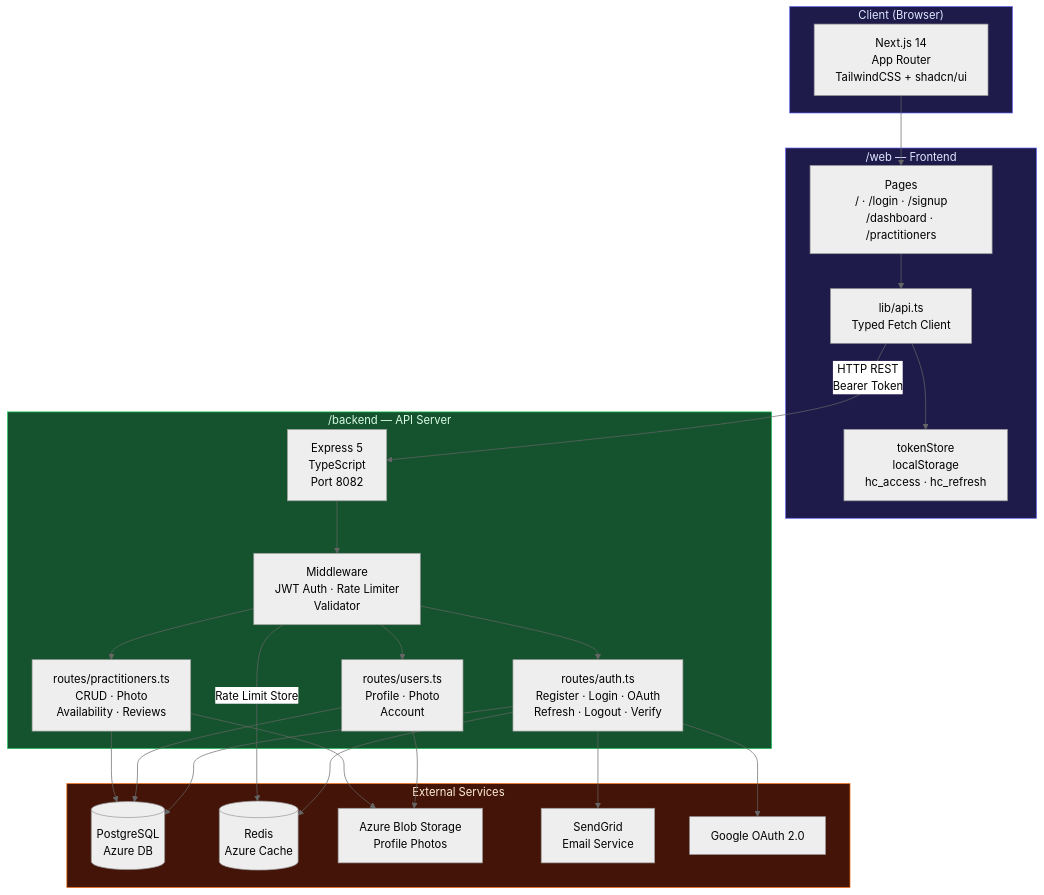
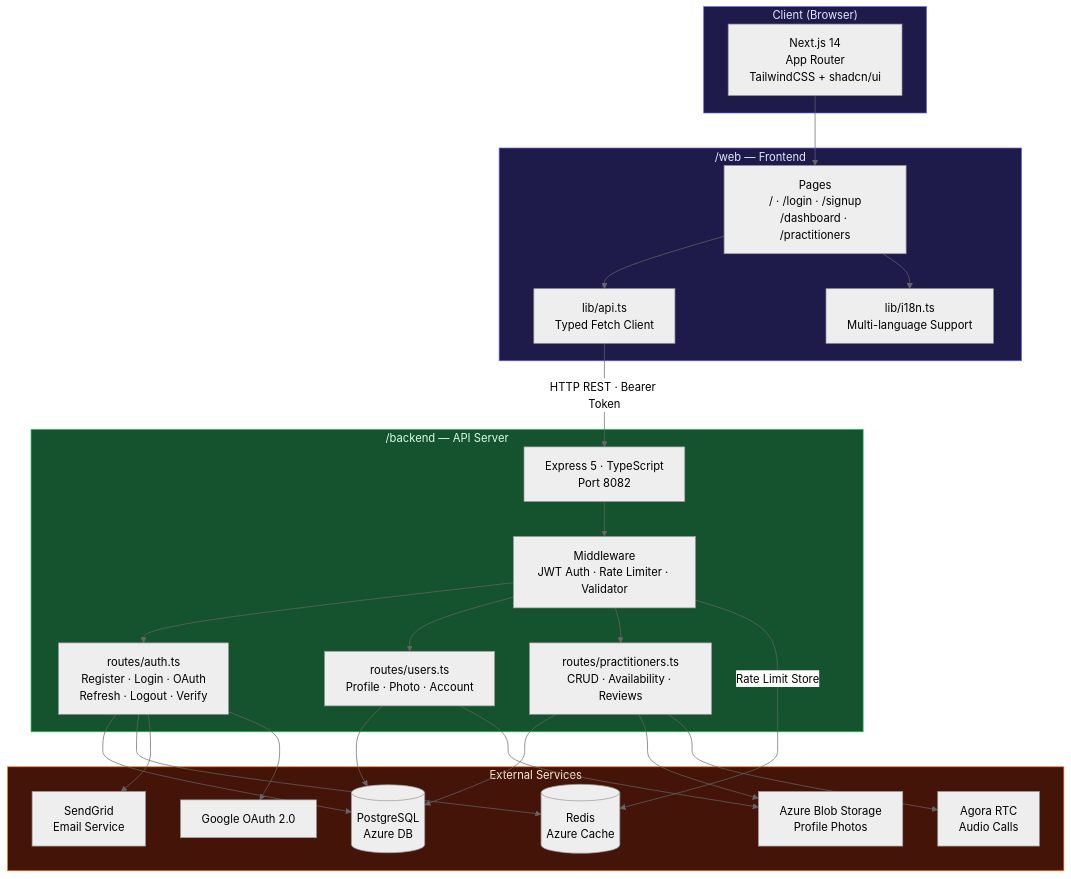
One commit to DeepakdevilB/Heal_Connect changed the first of 2 diagrams in README.md. Above: the diagram before and after it, drawn with Mermaid (neutral theme). The commit also changed other lines of this file, not shown here.

````diff
--- a/README.md
+++ b/README.md
@@ -22,50 +165,52 @@
 ```mermaid
 graph TB
     subgraph Client["Client (Browser)"]
         style Client fill:#1e1b4b,stroke:#6366f1,color:#e0e7ff
         WEB["Next.js 14\nApp Router\nTailwindCSS + shadcn/ui"]
     end
 
     subgraph Frontend["/web — Frontend"]
         style Frontend fill:#1e1b4b,stroke:#6366f1,color:#e0e7ff
         PAGES["Pages\n/ · /login · /signup\n/dashboard · /practitioners"]
         APICLIENT["lib/api.ts\nTyped Fetch Client"]
-        TOKENSTORE["tokenStore\nlocalStorage\nhc_access · hc_refresh"]
+        I18N["lib/i18n.ts\nMulti-language Support"]
     end
 
     subgraph Backend["/backend — API Server"]
         style Backend fill:#14532d,stroke:#22c55e,color:#dcfce7
-        EXPRESS["Express 5\nTypeScript\nPort 8082"]
+        EXPRESS["Express 5 · TypeScript\nPort 8082"]
         AUTH["routes/auth.ts\nRegister · Login · OAuth\nRefresh · Logout · Verify"]
-        USERS["routes/users.ts\nProfile · Photo\nAccount"]
-        PRACTITIONERS["routes/practitioners.ts\nCRUD · Photo\nAvailability · Reviews"]
-        MW["Middleware\nJWT Auth · Rate Limiter\nValidator"]
+        USERS["routes/users.ts\nProfile · Photo · Account"]
+        PRACTITIONERS["routes/practitioners.ts\nCRUD · Availability · Reviews"]
+        MW["Middleware\nJWT Auth · Rate Limiter · Validator"]
     end
 
     subgraph Services["External Services"]
         style Services fill:#431407,stroke:#f97316,color:#ffedd5
         PG[("PostgreSQL\nAzure DB")]
         REDIS[("Redis\nAzure Cache")]
         AZURE["Azure Blob Storage\nProfile Photos"]
         SENDGRID["SendGrid\nEmail Service"]
         GOOGLE["Google OAuth 2.0"]
+        AGORA["Agora RTC\nAudio Calls"]
     end
 
     WEB --> PAGES
     PAGES --> APICLIENT
-    APICLIENT --> TOKENSTORE
-    APICLIENT -->|"HTTP REST\nBearer Token"| EXPRESS
+    PAGES --> I18N
+    APICLIENT -->|"HTTP REST · Bearer Token"| EXPRESS
     EXPRESS --> MW
     MW --> AUTH
     MW --> USERS
     MW --> PRACTITIONERS
     AUTH --> PG
     AUTH --> REDIS
     AUTH --> SENDGRID
     AUTH --> GOOGLE
     USERS --> PG
     USERS --> AZURE
     PRACTITIONERS --> PG
     PRACTITIONERS --> AZURE
+    PRACTITIONERS --> AGORA
     MW -->|"Rate Limit Store"| REDIS
 ```
````
